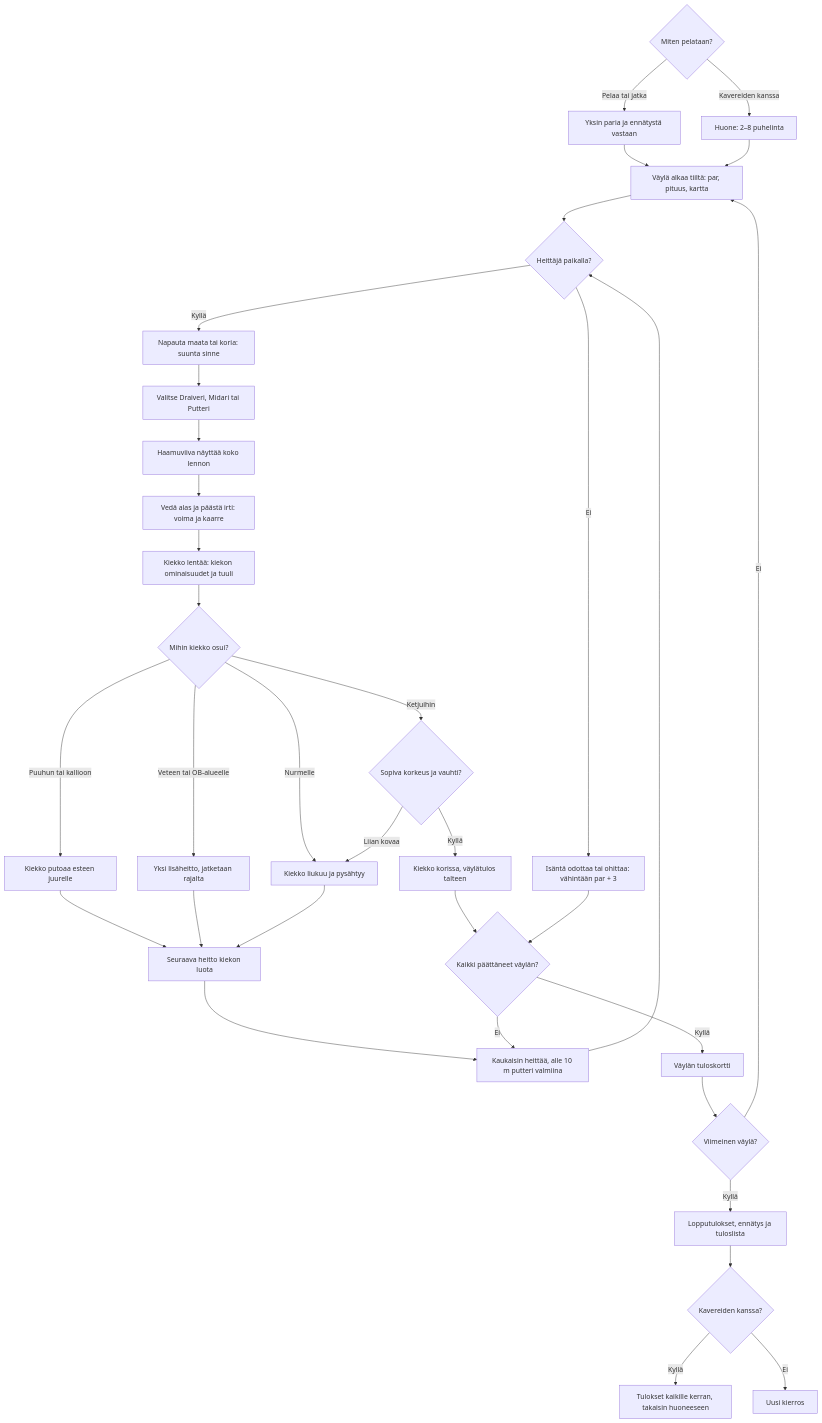
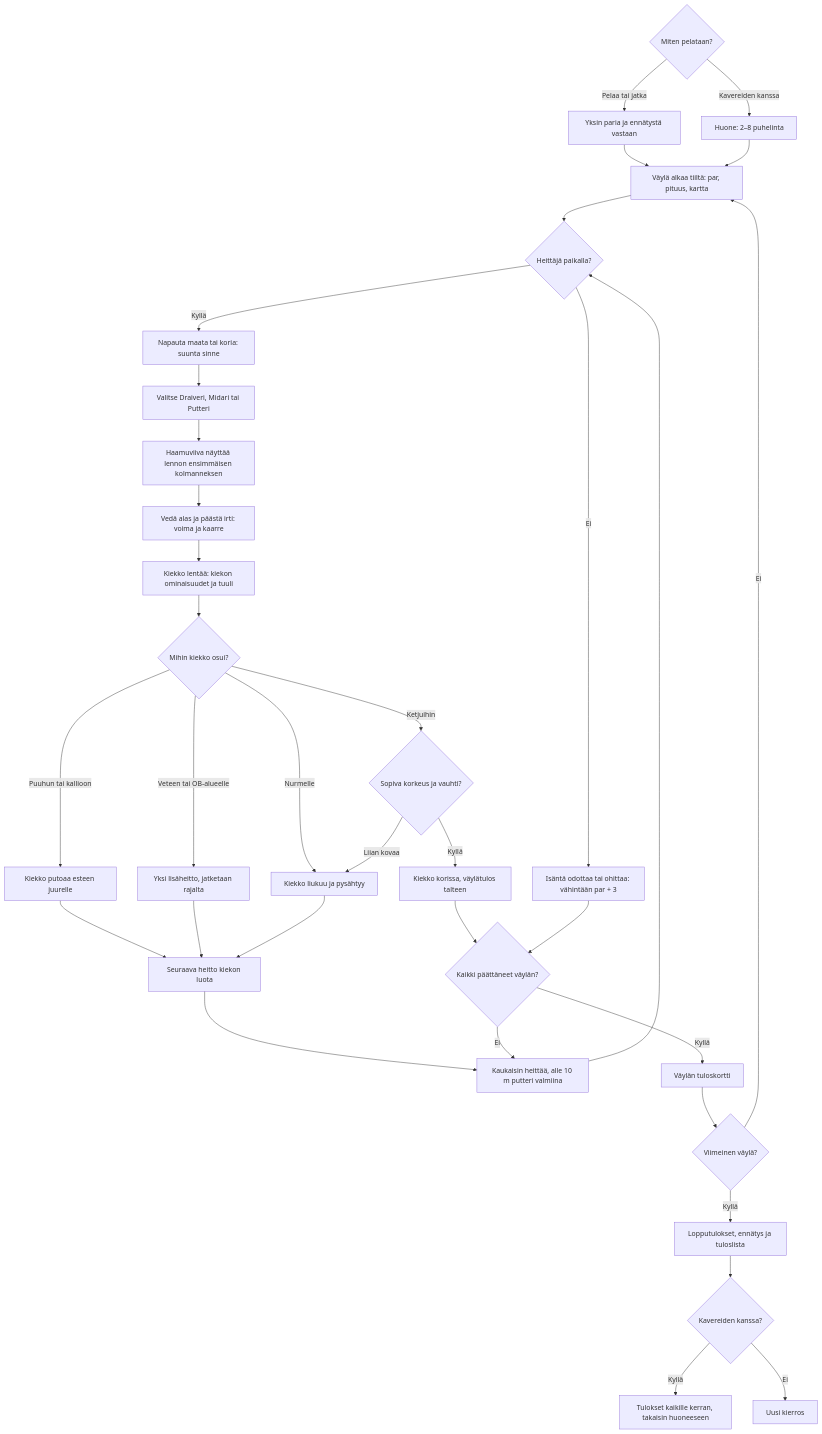
Before and after one commit to eerovil/ai-pelit: the diagram in docs/diagrams/frisbeegolf.md, drawn with Mermaid. The commit also changed other lines of this file and 6 other files, not shown here.

````diff
--- a/docs/diagrams/frisbeegolf.md
+++ b/docs/diagrams/frisbeegolf.md
@@ -10,43 +10,43 @@
 ```mermaid
 flowchart TD
   S{Miten pelataan?}
   S -- Pelaa tai jatka --> S1[Yksin paria ja ennätystä vastaan]
   S -- Kavereiden kanssa --> S2[Huone: 2–8 puhelinta]
   S1 --> A[Väylä alkaa tiiltä: par, pituus, kartta]
   S2 --> A
   A --> T{Heittäjä paikalla?}
   T -- Kyllä --> B[Napauta maata tai koria: suunta sinne]
   T -- Ei --> SK[Isäntä odottaa tai ohittaa: vähintään par + 3]
   B --> C[Valitse Draiveri, Midari tai Putteri]
-  C --> G2[Haamuviiva näyttää koko lennon]
+  C --> G2[Haamuviiva näyttää lennon ensimmäisen kolmanneksen]
   G2 --> D[Vedä alas ja päästä irti: voima ja kaarre]
   D --> E[Kiekko lentää: kiekon ominaisuudet ja tuuli]
   E --> F{Mihin kiekko osui?}
   F -- Puuhun tai kallioon --> G[Kiekko putoaa esteen juurelle]
   F -- Veteen tai OB-alueelle --> H[Yksi lisäheitto, jatketaan rajalta]
   F -- Ketjuihin --> I{Sopiva korkeus ja vauhti?}
   F -- Nurmelle --> J[Kiekko liukuu ja pysähtyy]
   I -- Kyllä --> K[Kiekko korissa, väylätulos talteen]
   I -- Liian kovaa --> J
   G --> L[Seuraava heitto kiekon luota]
   H --> L
   J --> L
   K --> N{Kaikki päättäneet väylän?}
   SK --> N
   L --> V[Kaukaisin heittää, alle 10 m putteri valmiina]
   V --> T
   N -- Ei --> V
   N -- Kyllä --> O[Väylän tuloskortti]
   O --> P{Viimeinen väylä?}
   P -- Ei --> A
   P -- Kyllä --> Q[Lopputulokset, ennätys ja tuloslista]
   Q --> R{Kavereiden kanssa?}
   R -- Kyllä --> X[Tulokset kaikille kerran, takaisin huoneeseen]
   R -- Ei --> U[Uusi kierros]
   class S,T,F,I,N,P,R amber
   class S1,A,B,C,G2,D,L,V,O,U blue
   class E,J teal
   class S2,SK,X violet
   class K,Q green
   class G,H rose
 ```
````
